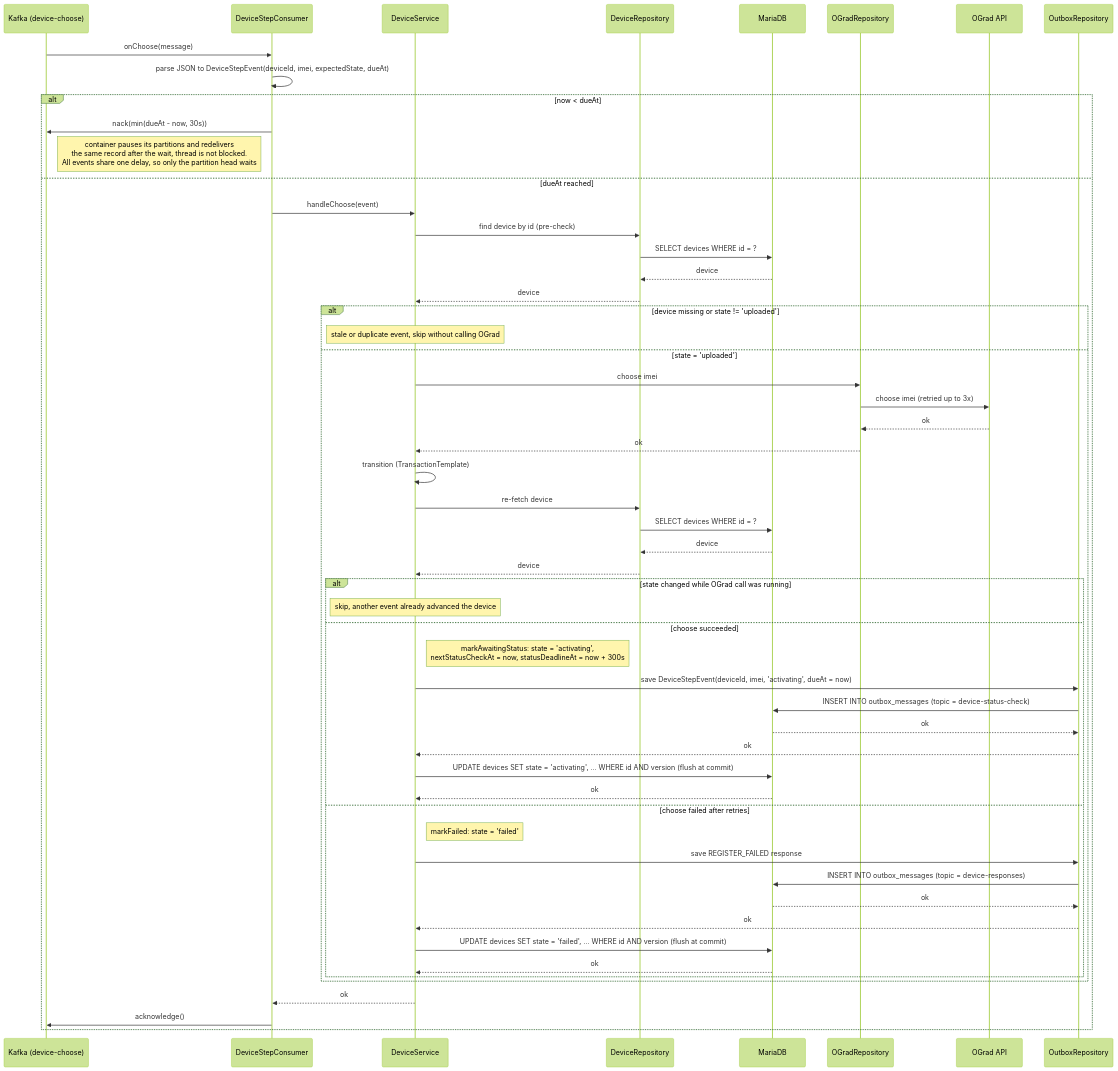
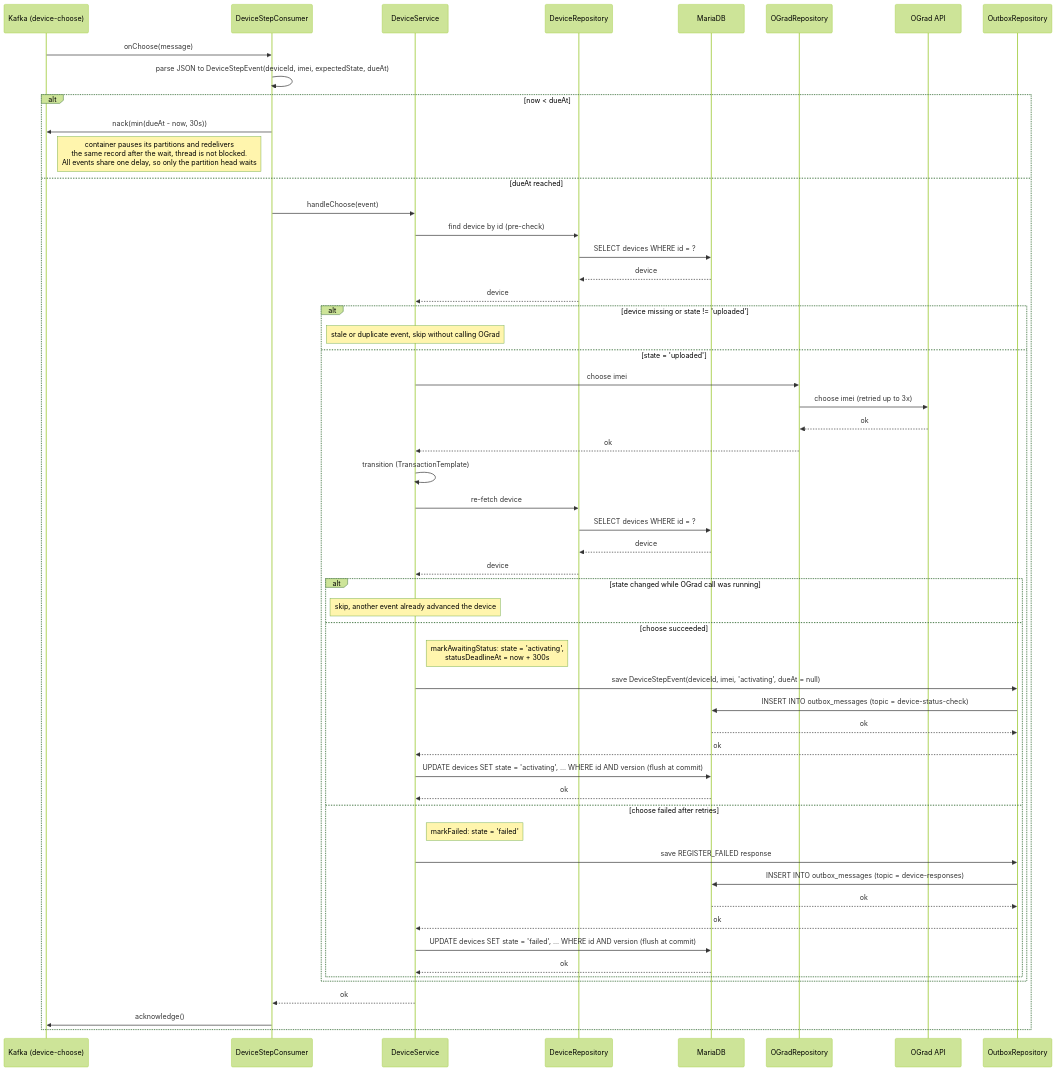
Before and after one commit to tsongpon/gard-service: the diagram in docs/choose-step-sequence.md, drawn with Mermaid (forest theme). The commit also changed 7 other files, not shown here.

First line of the commit message:
Remove Device fields replaced by Kafka step events

````diff
--- a/docs/choose-step-sequence.md
+++ b/docs/choose-step-sequence.md
@@ -7,64 +7,64 @@
 ```mermaid
 sequenceDiagram
     participant Kafka as Kafka (device-choose)
     participant DeviceStepConsumer
     participant DeviceService
     participant DeviceRepository
     participant MariaDB
     participant OGradRepository
     participant OGrad API
     participant OutboxRepository
 
     Kafka->>DeviceStepConsumer: onChoose(message)
     DeviceStepConsumer->>DeviceStepConsumer: parse JSON to DeviceStepEvent(deviceId, imei, expectedState, dueAt)
 
     alt now < dueAt
         DeviceStepConsumer->>Kafka: nack(min(dueAt - now, 30s))
         Note right of Kafka: container pauses its partitions and redelivers<br/>the same record after the wait, thread is not blocked.<br/>All events share one delay, so only the partition head waits
     else dueAt reached
         DeviceStepConsumer->>DeviceService: handleChoose(event)
 
         DeviceService->>DeviceRepository: find device by id (pre-check)
         DeviceRepository->>MariaDB: SELECT devices WHERE id = ?
         MariaDB-->>DeviceRepository: device
         DeviceRepository-->>DeviceService: device
 
         alt device missing or state != 'uploaded'
             Note over DeviceService: stale or duplicate event, skip without calling OGrad
         else state = 'uploaded'
             DeviceService->>OGradRepository: choose imei
             OGradRepository->>OGrad API: choose imei (retried up to 3x)
             OGrad API-->>OGradRepository: ok
             OGradRepository-->>DeviceService: ok
 
             DeviceService->>DeviceService: transition (TransactionTemplate)
             DeviceService->>DeviceRepository: re-fetch device
             DeviceRepository->>MariaDB: SELECT devices WHERE id = ?
             MariaDB-->>DeviceRepository: device
             DeviceRepository-->>DeviceService: device
 
             alt state changed while OGrad call was running
                 Note over DeviceService: skip, another event already advanced the device
             else choose succeeded
-                Note right of DeviceService: markAwaitingStatus: state = 'activating',<br/>nextStatusCheckAt = now, statusDeadlineAt = now + 300s
-                DeviceService->>OutboxRepository: save DeviceStepEvent(deviceId, imei, 'activating', dueAt = now)
+                Note right of DeviceService: markAwaitingStatus: state = 'activating',<br/>statusDeadlineAt = now + 300s
+                DeviceService->>OutboxRepository: save DeviceStepEvent(deviceId, imei, 'activating', dueAt = null)
                 OutboxRepository->>MariaDB: INSERT INTO outbox_messages (topic = device-status-check)
                 MariaDB-->>OutboxRepository: ok
                 OutboxRepository-->>DeviceService: ok
                 DeviceService->>MariaDB: UPDATE devices SET state = 'activating', ... WHERE id AND version (flush at commit)
                 MariaDB-->>DeviceService: ok
             else choose failed after retries
                 Note right of DeviceService: markFailed: state = 'failed'
                 DeviceService->>OutboxRepository: save REGISTER_FAILED response
                 OutboxRepository->>MariaDB: INSERT INTO outbox_messages (topic = device-responses)
                 MariaDB-->>OutboxRepository: ok
                 OutboxRepository-->>DeviceService: ok
                 DeviceService->>MariaDB: UPDATE devices SET state = 'failed', ... WHERE id AND version (flush at commit)
                 MariaDB-->>DeviceService: ok
             end
         end
 
         DeviceService-->>DeviceStepConsumer: ok
         DeviceStepConsumer->>Kafka: acknowledge()
     end
 ```
````
